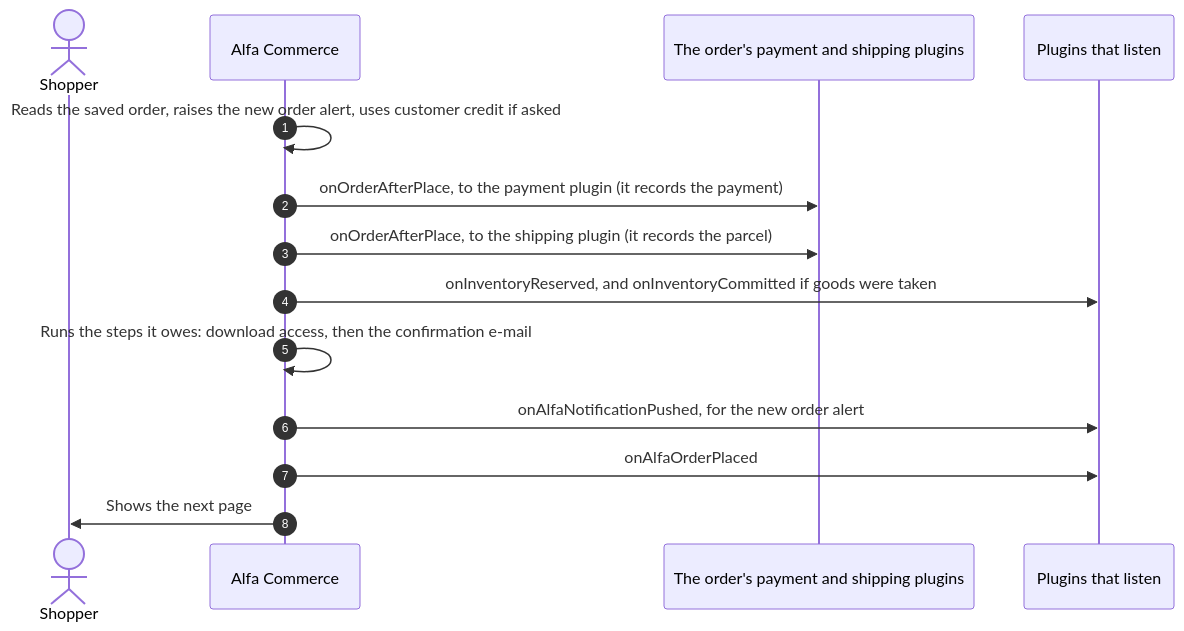
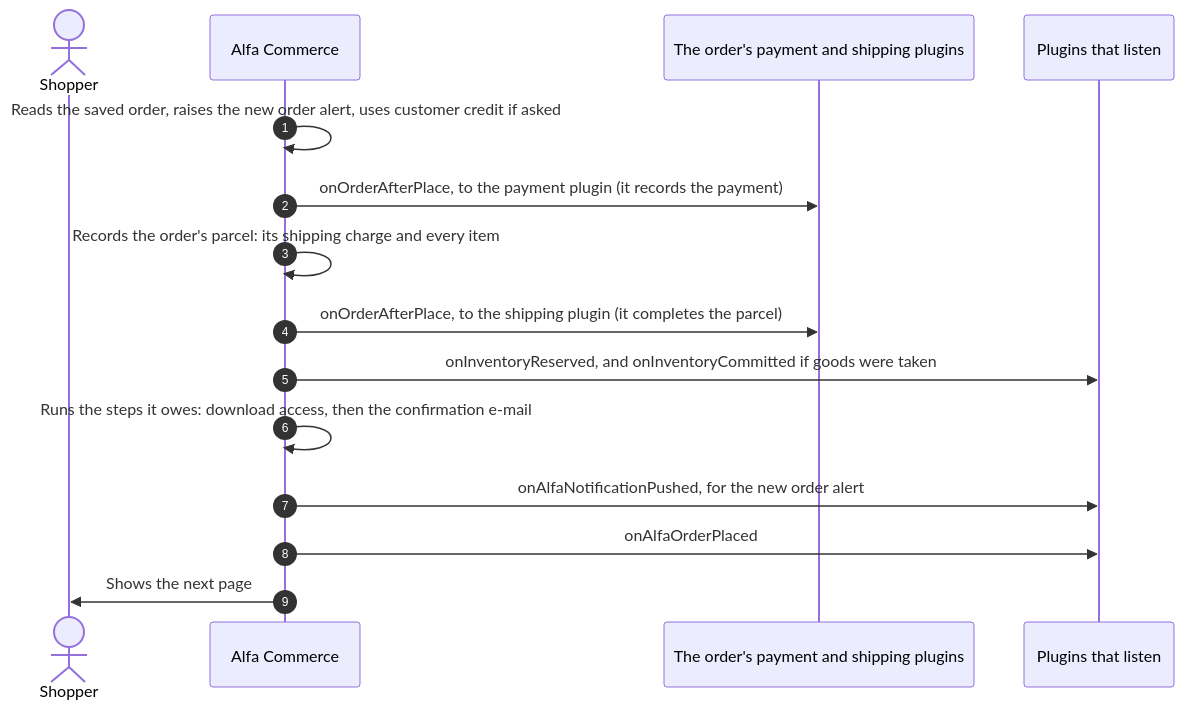
Before and after one commit to Easylogic-CO-LP/Alfa-Commerce-Manual: the second of 15 diagrams in docs/events/flows.md, drawn with Mermaid. The commit also changed 3 other files, not shown here.

Commit message:
Plugins: the carrier contract, Alfa records a new order's parcel and the carrier completes it

````diff
--- a/docs/events/flows.md
+++ b/docs/events/flows.md
@@ -111,16 +111,17 @@
 ```mermaid
 sequenceDiagram
     autonumber
     actor Shopper
     participant Alfa as Alfa Commerce
     participant M as The order's payment and shipping plugins
     participant L as Plugins that listen
     Alfa->>Alfa: Reads the saved order, raises the new order alert, uses customer credit if asked
     Alfa->>M: onOrderAfterPlace, to the payment plugin (it records the payment)
-    Alfa->>M: onOrderAfterPlace, to the shipping plugin (it records the parcel)
+    Alfa->>Alfa: Records the order's parcel: its shipping charge and every item
+    Alfa->>M: onOrderAfterPlace, to the shipping plugin (it completes the parcel)
     Alfa->>L: onInventoryReserved, and onInventoryCommitted if goods were taken
     Alfa->>Alfa: Runs the steps it owes: download access, then the confirmation e-mail
     Alfa->>L: onAlfaNotificationPushed, for the new order alert
     Alfa->>L: onAlfaOrderPlaced
     Alfa->>Shopper: Shows the next page
 ```
````
